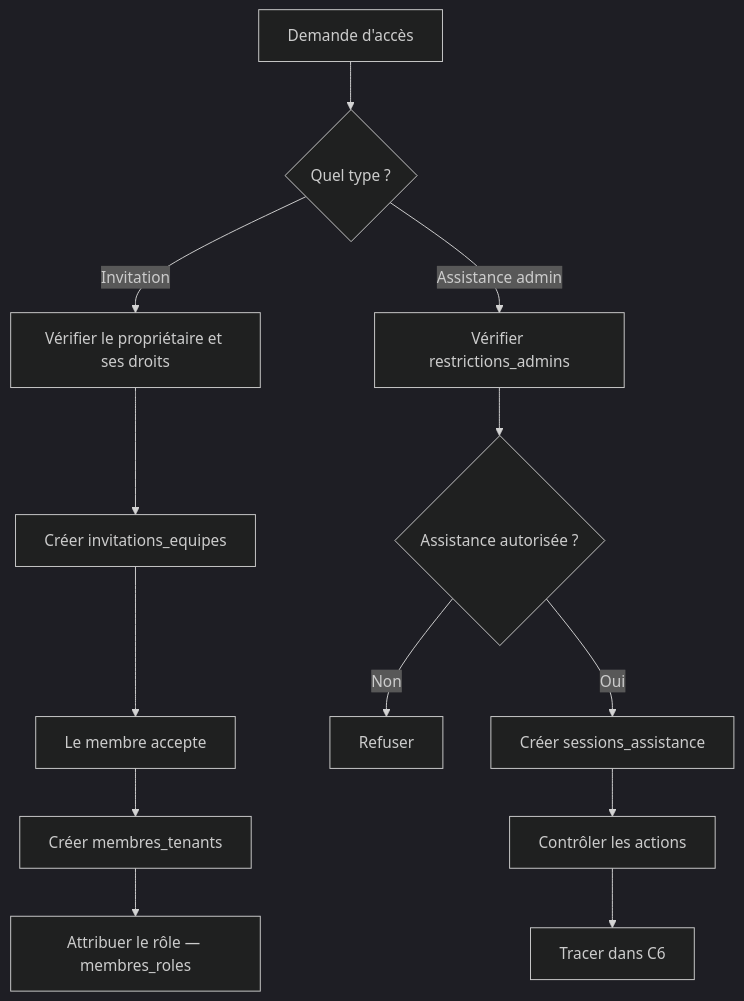
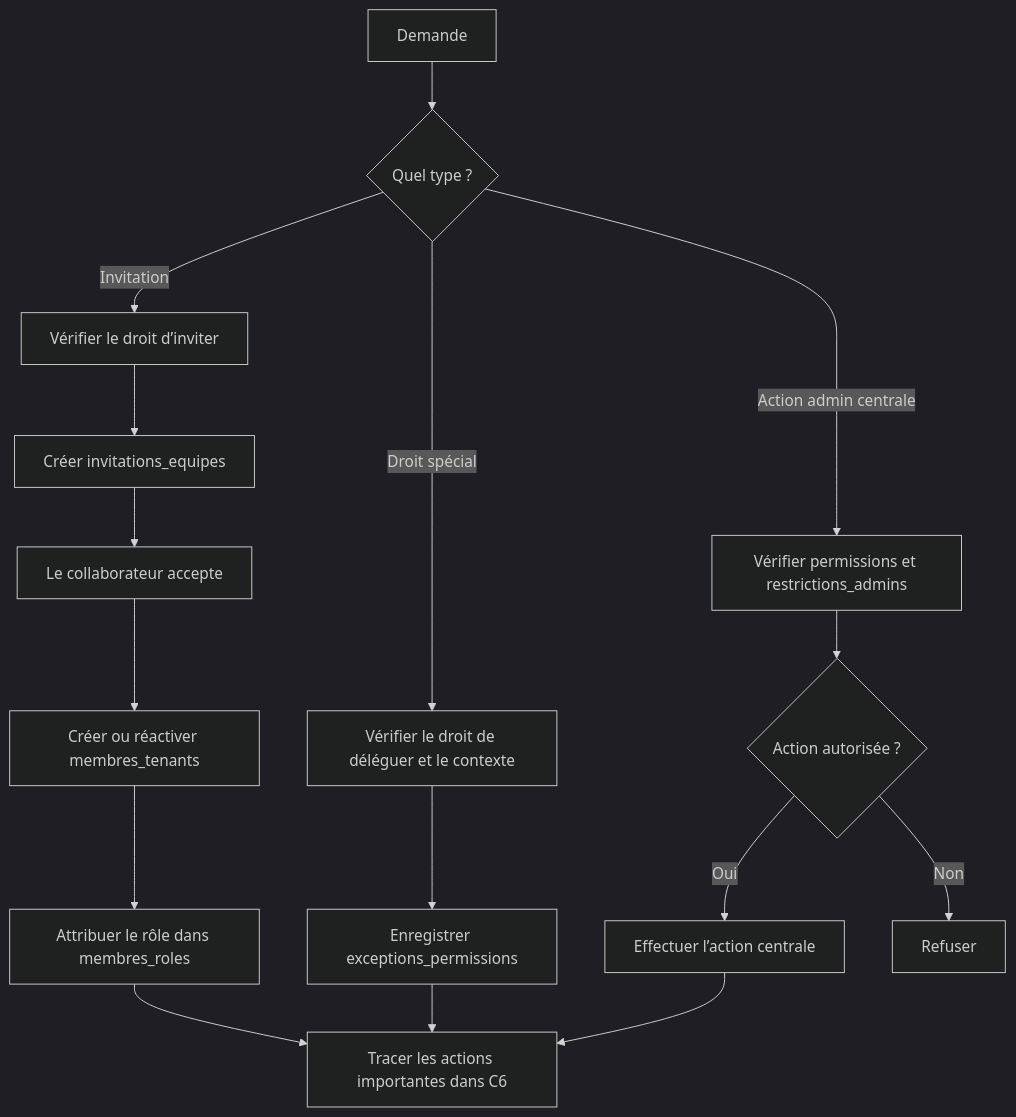
The third of 15 diagrams in Modules-C1-C14-BDD-Centrale-explications-simples.md (unitealfa/saas-ecom), drawn with Mermaid (dark theme) before and after one commit. The commit also changed other lines of this file, not shown here.

````diff
--- a/Modules-C1-C14-BDD-Centrale-explications-simples.md
+++ b/Modules-C1-C14-BDD-Centrale-explications-simples.md
@@ -201,17 +200,22 @@
 ```mermaid
 flowchart TD
-    A["Demande d'accès"] --> B{"Quel type ?"}
+    A["Demande"] --> B{"Quel type ?"}
 
-    B -->|Invitation| C["Vérifier le propriétaire et ses droits"]
+    B -->|Invitation| C["Vérifier le droit d’inviter"]
     C --> D["Créer invitations_equipes"]
-    D --> E["Le membre accepte"]
-    E --> F["Créer membres_tenants"]
-    F --> G["Attribuer le rôle — membres_roles"]
+    D --> E["Le collaborateur accepte"]
+    E --> F["Créer ou réactiver membres_tenants"]
+    F --> G["Attribuer le rôle dans membres_roles"]
 
-    B -->|Assistance admin| H["Vérifier restrictions_admins"]
-    H --> I{"Assistance autorisée ?"}
-    I -->|Non| J["Refuser"]
-    I -->|Oui| K["Créer sessions_assistance"]
-    K --> L["Contrôler les actions"]
-    L --> M["Tracer dans C6"]
+    B -->|Droit spécial| H["Vérifier le droit de déléguer et le contexte"]
+    H --> I["Enregistrer exceptions_permissions"]
+
+    B -->|Action admin centrale| J["Vérifier permissions et restrictions_admins"]
+    J --> K{"Action autorisée ?"}
+    K -->|Oui| L["Effectuer l’action centrale"]
+    K -->|Non| M["Refuser"]
+
+    G --> N["Tracer les actions importantes dans C6"]
+    I --> N
+    L --> N
 ```
````
